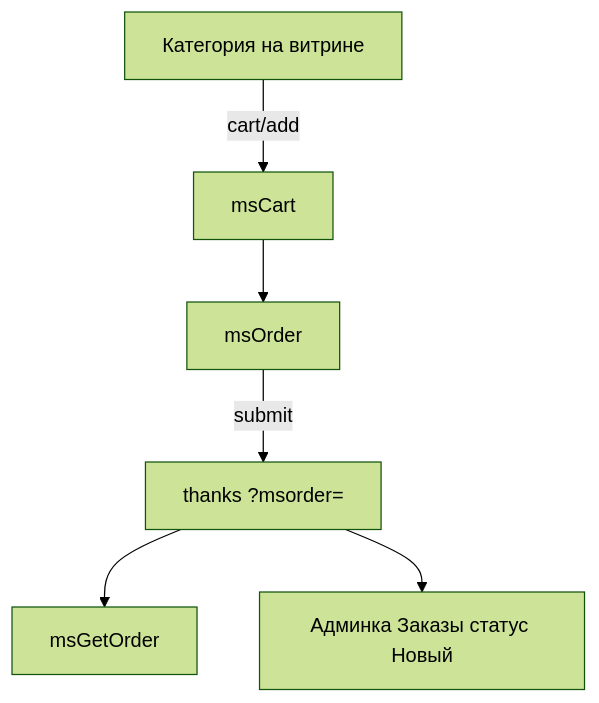
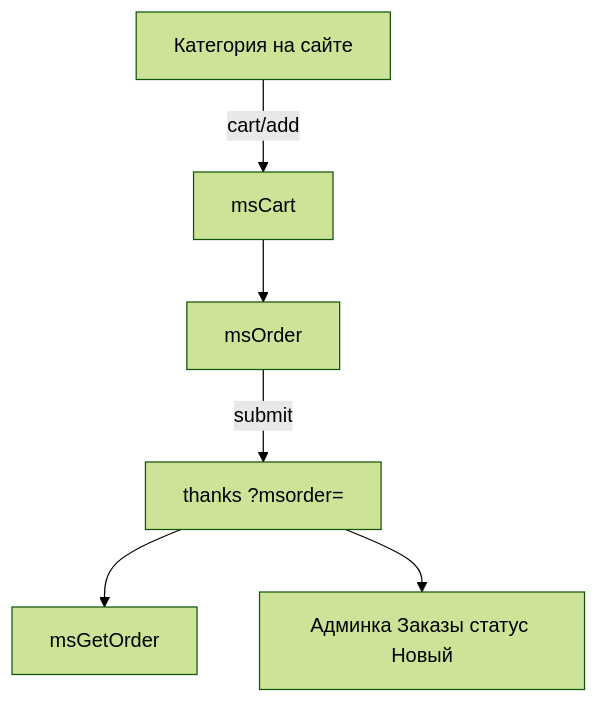
The diagram in docs/components/minishop3/quick-start.md (modx-pro/Docs), drawn with Mermaid (forest theme) before and after one commit. The commit also changed 27 other files, not shown here.

````diff
--- a/docs/components/minishop3/quick-start.md
+++ b/docs/components/minishop3/quick-start.md
@@ -160,11 +160,11 @@
 ```mermaid
 flowchart TB
-  cat[Категория на витрине]
+  cat[Категория на сайте]
   cart[msCart]
   order[msOrder]
   thanks[thanks ?msorder=]
   get[msGetOrder]
   mgr[Админка Заказы статус Новый]
   cat -->|cart/add| cart --> order -->|submit| thanks --> get
   thanks --> mgr
 ```
````
